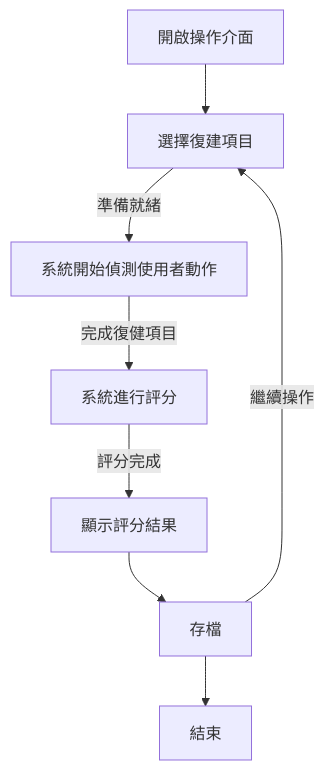
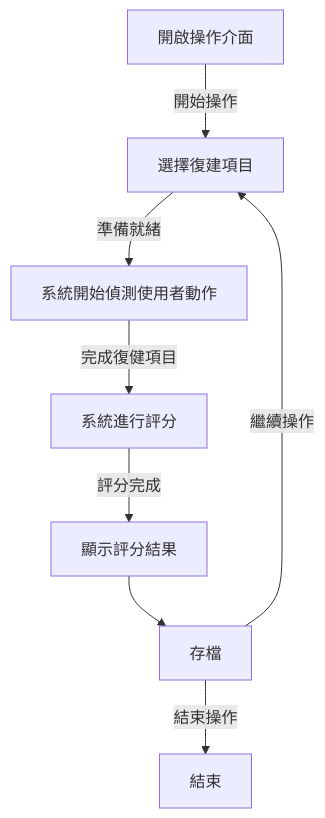
The diagram in README.md (jamie-commander/Python_MediaPipe_Tk), drawn with Mermaid before and after one commit.

````diff
--- a/README.md
+++ b/README.md
@@ -4,10 +4,10 @@
 ```mermaid
         graph TD
-        Big_Data_Catch[開啟操作介面] --> Calc[選擇復建項目]
+        Big_Data_Catch[開啟操作介面] -- 開始操作 --> Calc[選擇復建項目]
         Calc -- 準備就緒 --> Analysis[系統開始偵測使用者動作]
         Analysis -- 完成復健項目 --> feature[系統進行評分]
         feature -- 評分完成 --> backtrader[顯示評分結果]
         backtrader --> save[存檔]
         save -- 繼續操作 --> Calc
-        save --> result[結束]
+        save -- 結束操作 --> result[結束]
 ```
````
